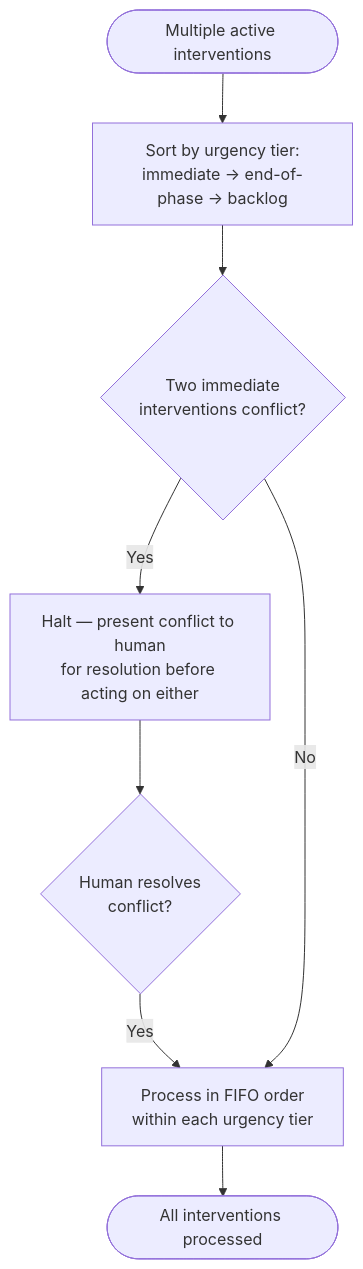
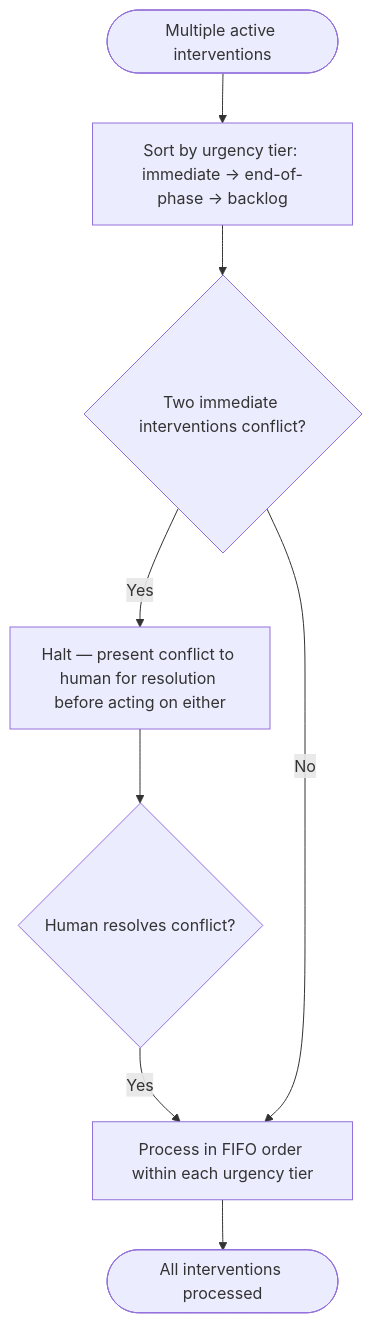
Before and after one commit to ivanyeors/product-agentic-templates: the second of 3 diagrams in .cursor/skills/07-human-intervention/intervention-protocol.md, drawn with Mermaid. The commit also changed other lines of this file and 39 other files, not shown here.

````diff
--- a/.cursor/skills/07-human-intervention/intervention-protocol.md
+++ b/.cursor/skills/07-human-intervention/intervention-protocol.md
@@ -300,10 +300,10 @@
 ```mermaid
 flowchart TD
-    multi([Multiple active interventions]) --> sort[Sort by urgency tier:\nimmediate → end-of-phase → backlog]
-    sort --> conflict{Two immediate\ninterventions conflict?}
-    conflict -->|Yes| halt[Halt — present conflict to human\nfor resolution before acting on either]
-    halt --> resolved{Human resolves\nconflict?}
+    multi([Multiple active interventions]) --> sort[Sort by urgency tier: immediate → end-of-phase → backlog]
+    sort --> conflict{Two immediate interventions conflict?}
+    conflict -->|Yes| halt[Halt — present conflict to human for resolution before acting on either]
+    halt --> resolved{Human resolves conflict?}
     resolved -->|Yes| process
-    conflict -->|No| process[Process in FIFO order\nwithin each urgency tier]
+    conflict -->|No| process[Process in FIFO order within each urgency tier]
     process --> done([All interventions processed])
 ```
````
